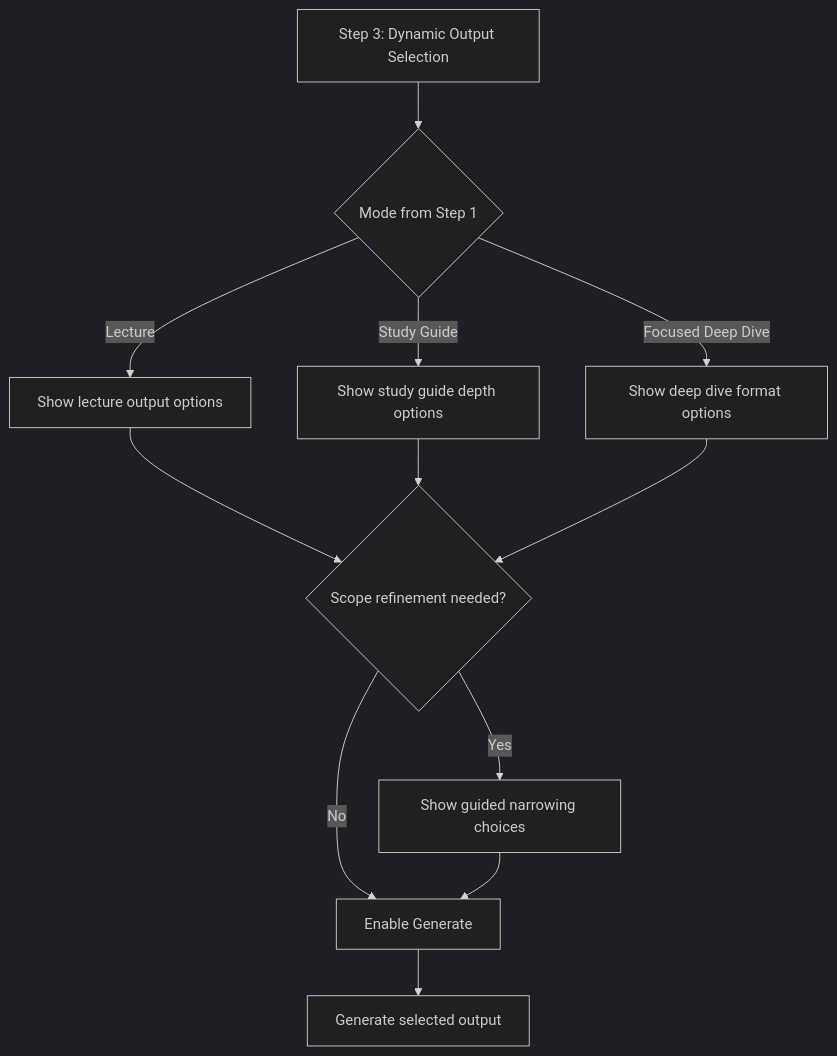
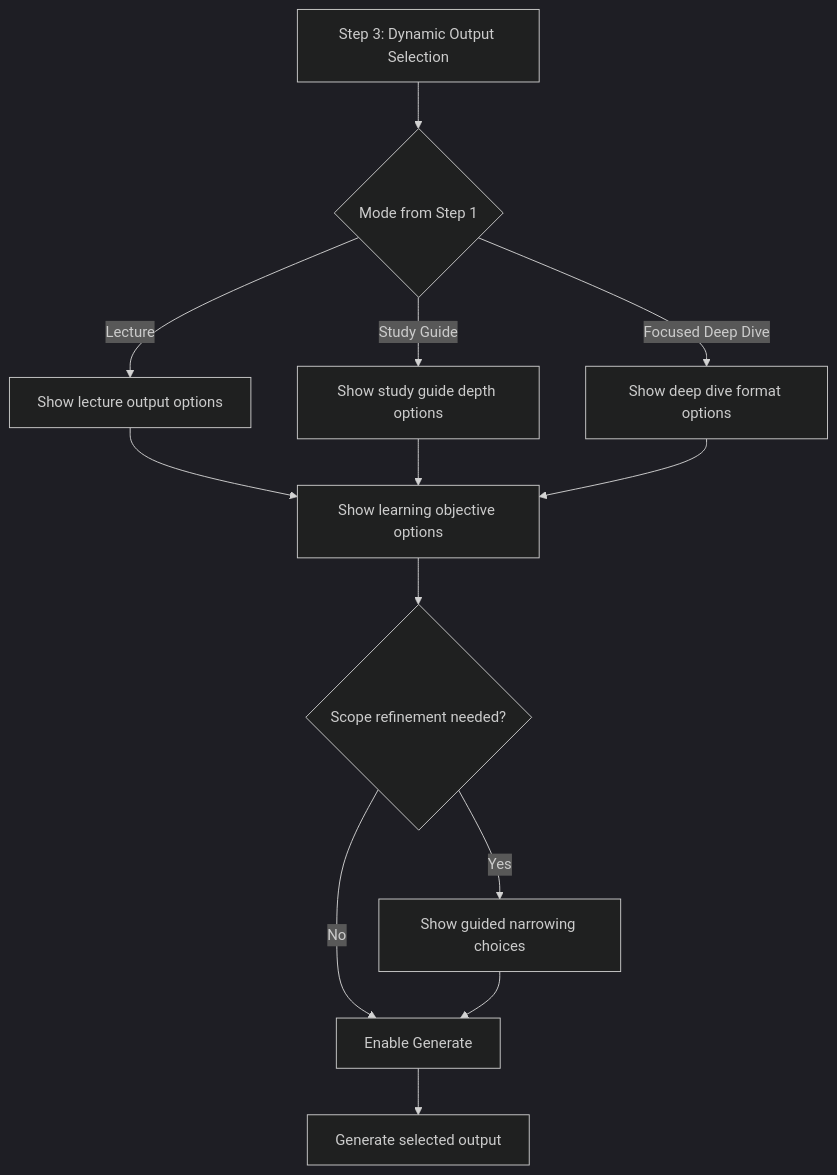
One commit to Lokesh-kesari/learncraft-ai changed the fourth of 9 diagrams in docs/Ui-Design/User_Flow.md. Above: the diagram before and after it, drawn with Mermaid (dark theme). The commit also changed other lines of this file, not shown here.

Commit message:
doc: User flow updated v2

````diff
--- a/docs/Ui-Design/User_Flow.md
+++ b/docs/Ui-Design/User_Flow.md
@@ -191,14 +240,15 @@
 ```mermaid
 flowchart TD
     A[Step 3: Dynamic Output Selection] --> B{Mode from Step 1}
     B -->|Lecture| C[Show lecture output options]
     B -->|Study Guide| D[Show study guide depth options]
     B -->|Focused Deep Dive| E[Show deep dive format options]
-    C --> F{Scope refinement needed?}
+    C --> F[Show learning objective options]
     D --> F
     E --> F
-    F -->|Yes| G[Show guided narrowing choices]
-    F -->|No| H[Enable Generate]
-    G --> H
-    H --> I[Generate selected output]
+    F --> G{Scope refinement needed?}
+    G -->|Yes| H[Show guided narrowing choices]
+    G -->|No| I[Enable Generate]
+    H --> I
+    I --> J[Generate selected output]
 ```
````
